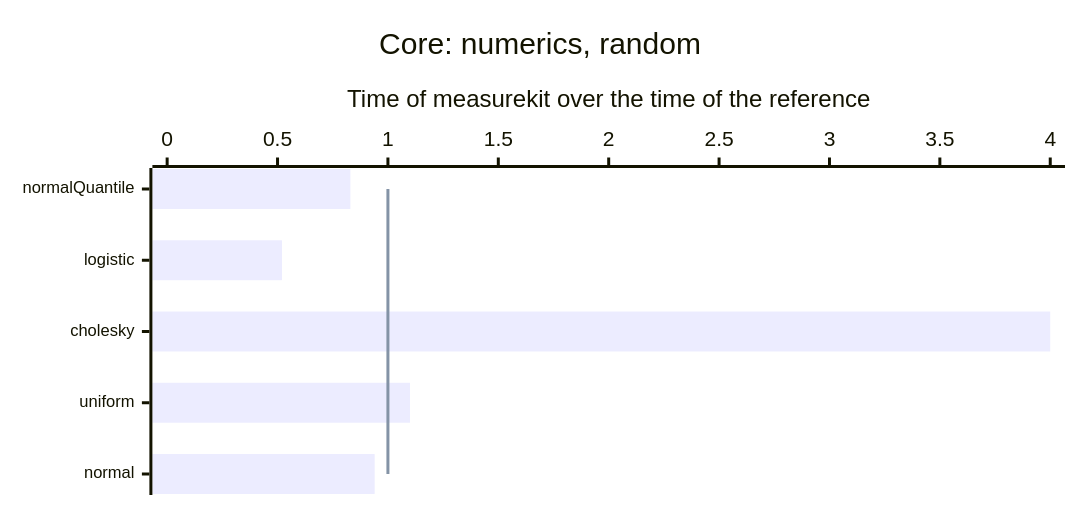
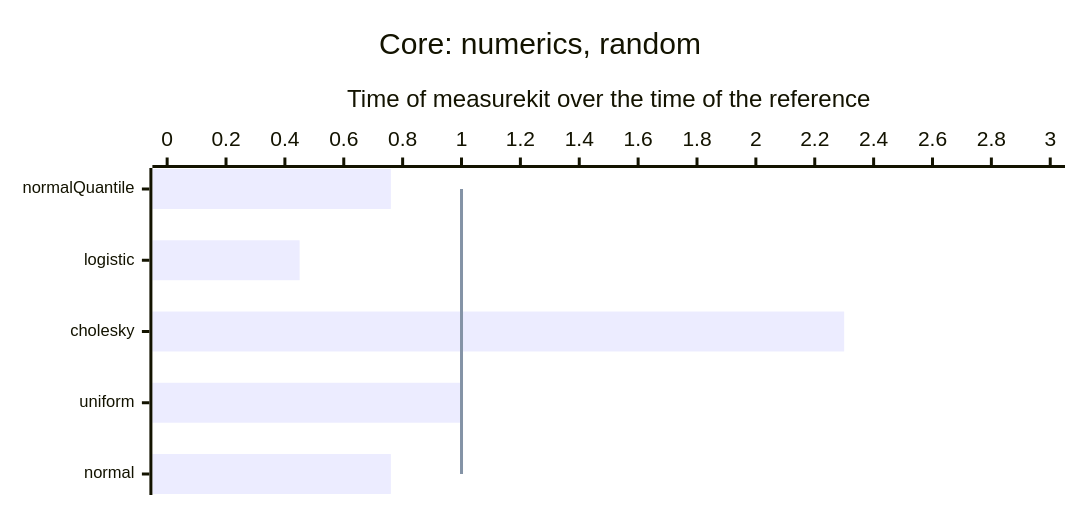
The second of 12 diagrams in docs/performance.md (measurekit/measurekit), drawn with Mermaid before and after one commit. The commit also changed other lines of this file and 2 other files, not shown here.

````diff
--- a/docs/performance.md
+++ b/docs/performance.md
@@ -23,9 +23,9 @@
 ```mermaid
 %%{init: {"xyChart": {"height": 320, "xAxis": {"labelFontSize": 11}}}}%%
 xychart-beta horizontal
   title "Core: numerics, random"
   x-axis ["normalQuantile", "logistic", "cholesky", "uniform", "normal"]
-  y-axis "Time of measurekit over the time of the reference" 0 --> 4
-  bar [0.83, 0.52, 4, 1.1, 0.94]
+  y-axis "Time of measurekit over the time of the reference" 0 --> 3
+  bar [0.76, 0.45, 2.3, 1, 0.76]
   line [1, 1, 1, 1, 1]
 ```
````
